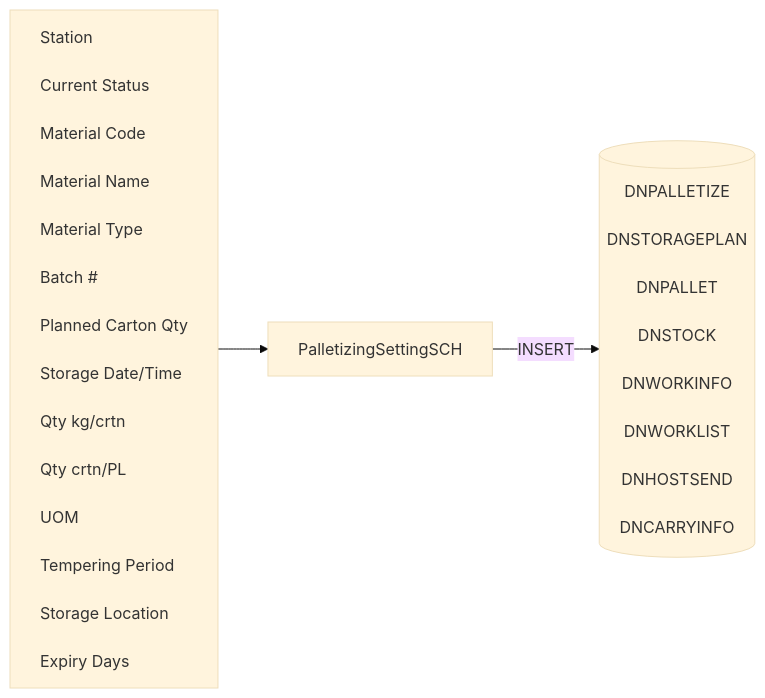
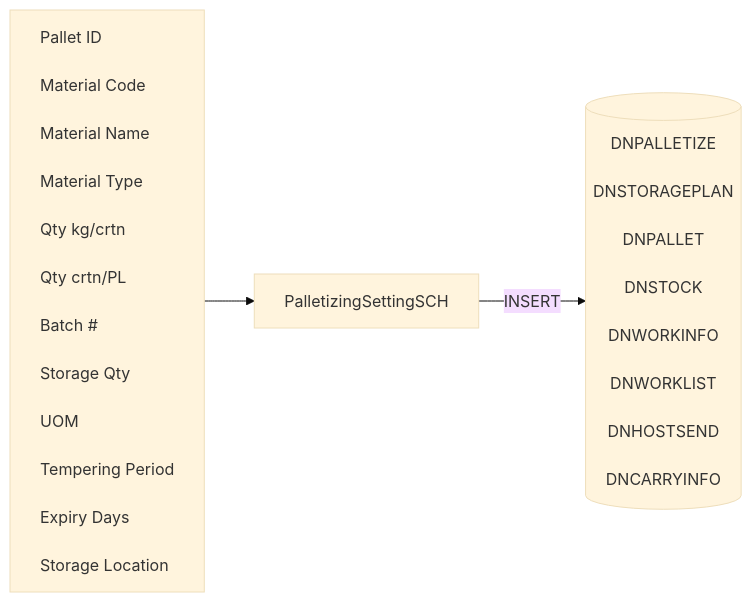
Before and after one commit to luthfiadityaa/SimeDarby-Wiki: the diagram in Basic-Design/DFD-WMS/Storage/Unplanned-Storage.md, drawn with Mermaid (base theme).

Commit message:
Updated Unplanned Storage

```diff
--- a/Basic-Design/DFD-WMS/Storage/Unplanned-Storage.md
+++ b/Basic-Design/DFD-WMS/Storage/Unplanned-Storage.md
@@ -13,37 +13,35 @@
 ::: mermaid
 flowchart LR
     input[
-        Station<br>
-        Current Status<br>
+        Pallet ID<br>
         Material Code<br>
         Material Name<br>
         Material Type<br>
-        Batch #<br>
-        Planned Carton Qty<br>
-        Storage Date/Time<br>
         Qty kg/crtn<br>
         Qty crtn/PL<br>
+        Batch #<br>
+        Storage Qty<br>        
         UOM<br>
         Tempering Period<br>
-        Storage Location<br>
         Expiry Days<br>
+        Storage Location<br>        
     ]
 
     tableList-insert[("
         DNPALLETIZE<br>
         DNSTORAGEPLAN<br>
         DNPALLET<br>
         DNSTOCK<br>
         DNWORKINFO<br>
         DNWORKLIST<br>
         DNHOSTSEND<br>
         DNCARRYINFO<br>
     ")]
 
     className[PalletizingSettingSCH]
 
     input --> className --> |INSERT| tableList-insert
 
     classDef leftAlign text-align:left;
     class input leftAlign;
 :::
```
